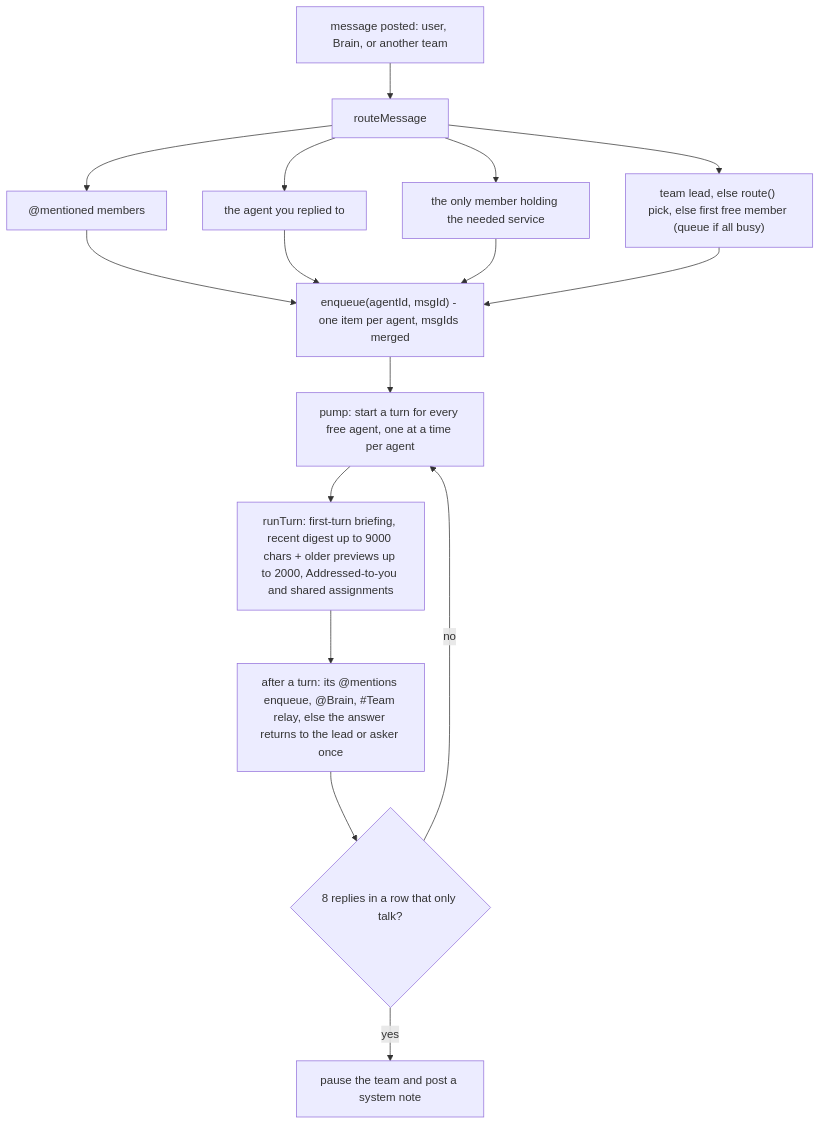
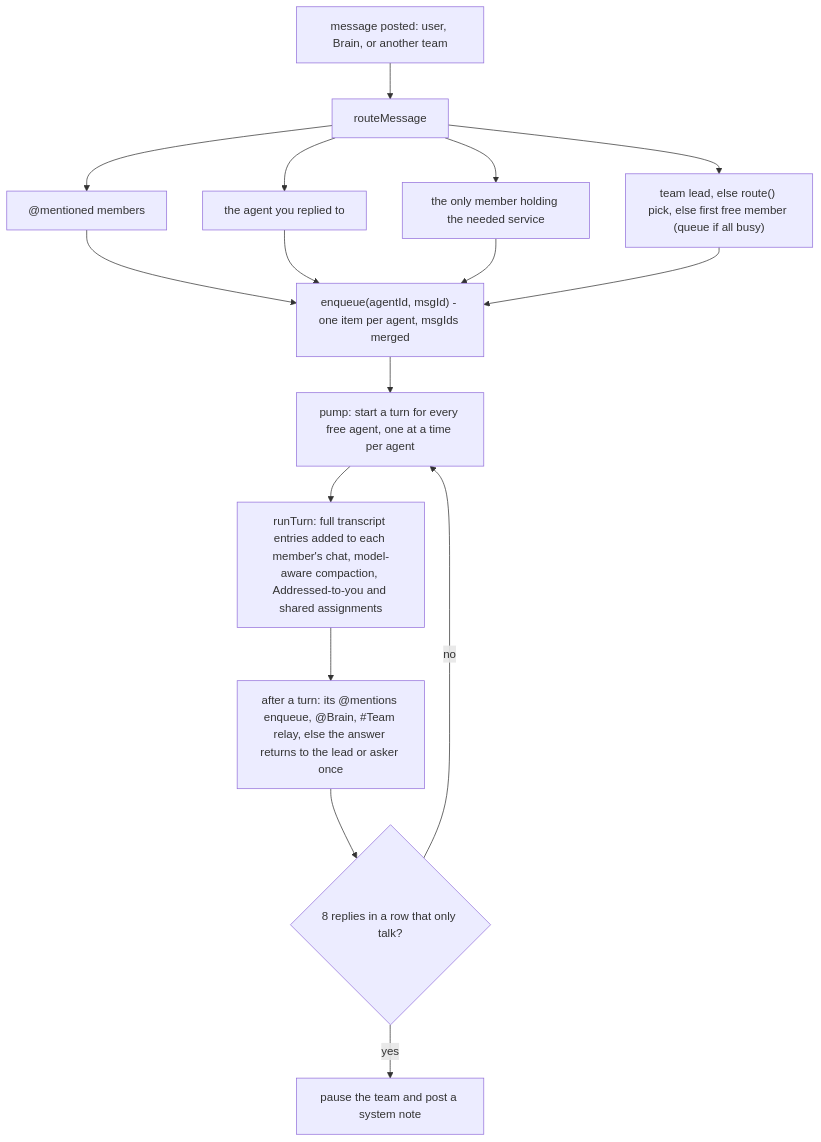
The second of 3 diagrams in docs/internal/GROK_BOT_ORCHESTRATION_2026-10-31.md (ai-2070/athena-agents), drawn with Mermaid before and after one commit. The commit also changed other lines of this file and 22 other files, not shown here.

````diff
--- a/docs/internal/GROK_BOT_ORCHESTRATION_2026-10-31.md
+++ b/docs/internal/GROK_BOT_ORCHESTRATION_2026-10-31.md
@@ -213,18 +213,18 @@
 ```mermaid
 flowchart TD
   M["message posted: user, Brain, or another team"] --> RT["routeMessage"]
   RT --> A1["@mentioned members"]
   RT --> A2["the agent you replied to"]
   RT --> A3["the only member holding the needed service"]
   RT --> A4["team lead, else route() pick, else first free member (queue if all busy)"]
   A1 --> Q["enqueue(agentId, msgId) - one item per agent, msgIds merged"]
   A2 --> Q
   A3 --> Q
   A4 --> Q
   Q --> PUMP["pump: start a turn for every free agent, one at a time per agent"]
-  PUMP --> TR["runTurn: first-turn briefing, recent digest up to 9000 chars + older previews up to 2000, Addressed-to-you and shared assignments"]
+  PUMP --> TR["runTurn: full transcript entries added to each member's chat, model-aware compaction, Addressed-to-you and shared assignments"]
   TR --> AF["after a turn: its @mentions enqueue, @Brain, #Team relay, else the answer returns to the lead or asker once"]
   AF --> CH{"8 replies in a row that only talk?"}
   CH -->|yes| PAUSE["pause the team and post a system note"]
   CH -->|no| PUMP
 ```
````
